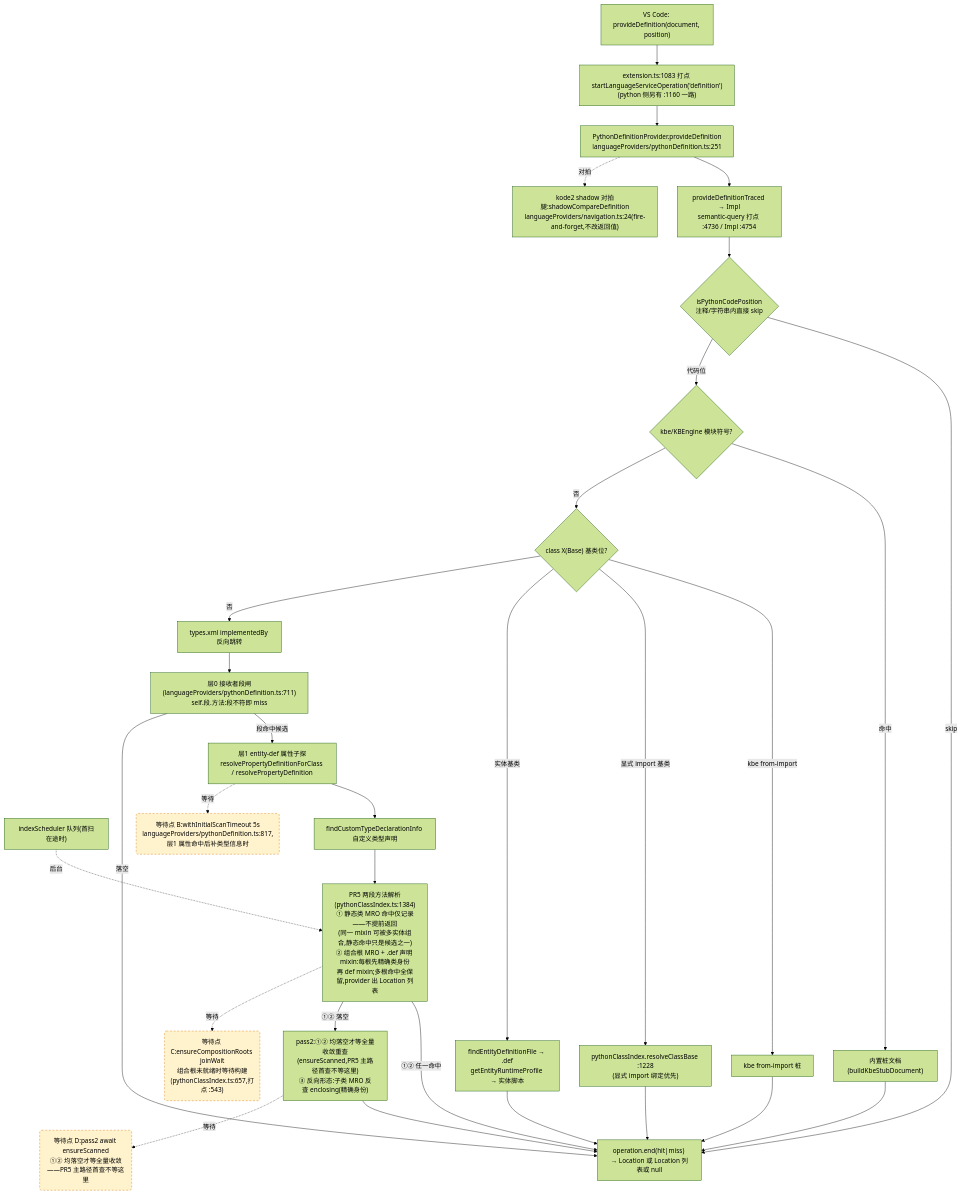
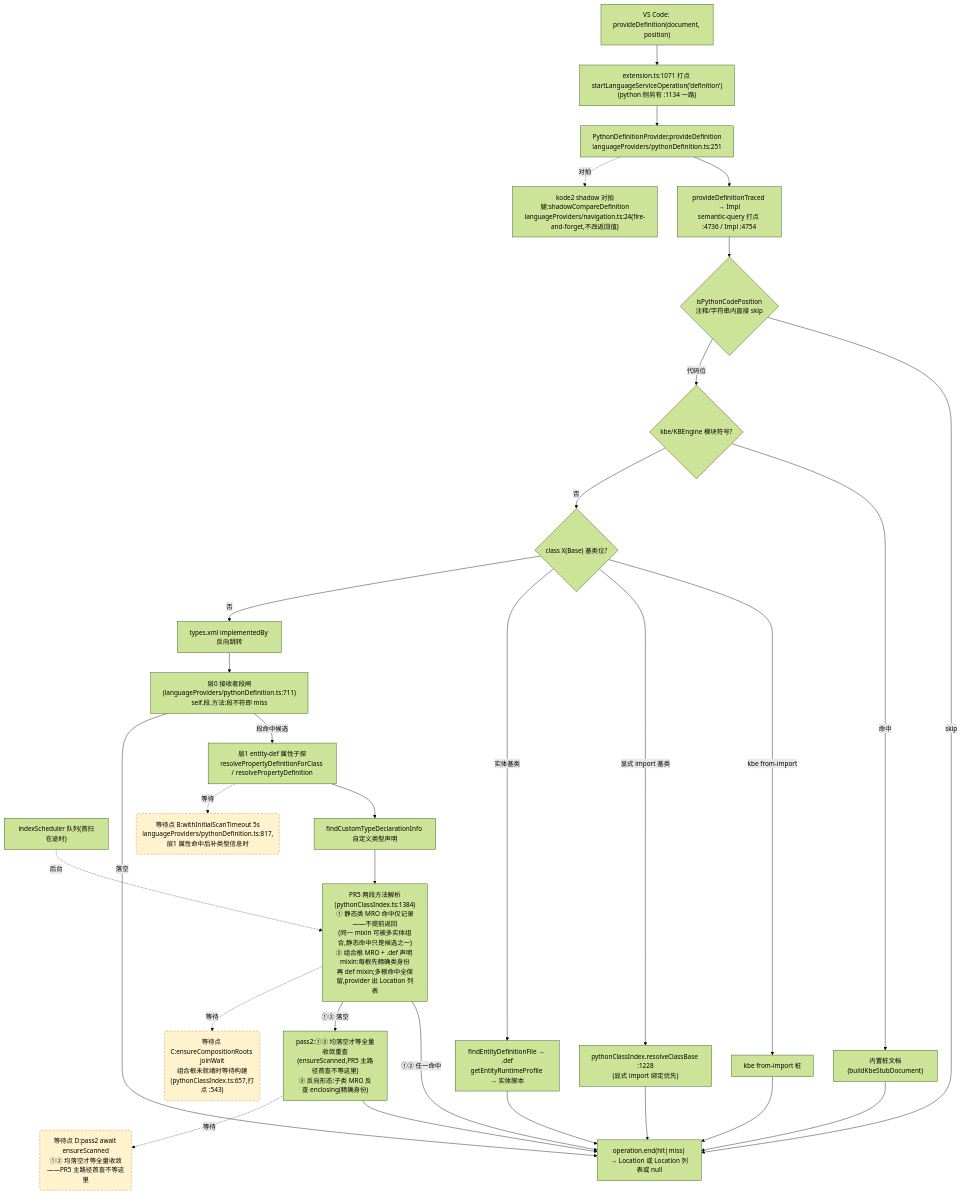
One commit to cuihairu/kode changed the second of 4 diagrams in docs/perf/2026-baseline.md. Above: the diagram before and after it, drawn with Mermaid (forest theme). The commit also changed other lines of this file and 43 other files, not shown here.

````diff
--- a/docs/perf/2026-baseline.md
+++ b/docs/perf/2026-baseline.md
@@ -130,51 +130,51 @@
 ```mermaid
 flowchart TD
   VC2["VS Code: provideDefinition(document, position)"]
-  M2["extension.ts:1083 打点 startLanguageServiceOperation('definition')<br/>(python 侧另有 :1160 一路)"]
+  M2["extension.ts:1071 打点 startLanguageServiceOperation('definition')<br/>(python 侧另有 :1134 一路)"]
   AD2["PythonDefinitionProvider.provideDefinition<br/>languageProviders/pythonDefinition.ts:251"]
   TR["provideDefinitionTraced → Impl<br/>semantic-query 打点 :4736 / Impl :4754"]
   CTX{"isPythonCodePosition<br/>注释/字符串内直接 skip"}
   KBE{"kbe/KBEngine 模块符号?"}
   STUB["内置桩文档(buildKbeStubDocument)"]
   CB{"class X(Base) 基类位?"}
   CB1["kbe from-import 桩"]
   CB2["pythonClassIndex.resolveClassBase :1228<br/>(显式 import 绑定优先)"]
   CB3["findEntityDefinitionFile → .def<br/>getEntityRuntimeProfile → 实体脚本"]
   REV["types.xml implementedBy 反向跳转"]
   L0["层0 接收者段闸(languageProviders/pythonDefinition.ts:711)<br/>self.段.方法:段不符即 miss"]
   L1["层1 entity-def 属性子探<br/>resolvePropertyDefinitionForClass / resolvePropertyDefinition"]
   SCAN["indexScheduler 队列(首扫在途时)"]
   TY["findCustomTypeDeclarationInfo 自定义类型声明"]
   MRO["PR5 两段方法解析(pythonClassIndex.ts:1384)<br/>① 静态类 MRO 命中仅记录——不提前返回<br/>(同一 mixin 可被多实体组合,静态命中只是候选之一)<br/>② 组合根 MRO + .def 声明 mixin:每根先精确类身份<br/>再 def mixin;多根命中全保留,provider 出 Location 列表"]
   PASS2["pass2:①② 均落空才等全量收敛重查<br/>(ensureScanned,PR5 主路径首查不等这里)<br/>③ 反向形态:子类 MRO 反查 enclosing(精确身份)"]
   SHD["kode2 shadow 对拍腿:shadowCompareDefinition<br/>languageProviders/navigation.ts:24(fire-and-forget,不改返回值)"]
   END2["operation.end(hit|miss) → Location 或 Location 列表或 null"]
 
   VC2 --> M2 --> AD2 --> TR --> CTX
   CTX -- "skip" --> END2
   CTX -- "代码位" --> KBE
   KBE -- "命中" --> STUB --> END2
   KBE -- "否" --> CB
   CB -- "kbe from-import" --> CB1 --> END2
   CB -- "显式 import 基类" --> CB2 --> END2
   CB -- "实体基类" --> CB3 --> END2
   CB -- "否" --> REV --> L0
   L0 -- "段命中候选" --> L1
   L0 -- "落空" --> END2
   L1 --> TY
   TY --> MRO
   MRO -- "①② 任一命中" --> END2
   MRO -- "①② 落空" --> PASS2 --> END2
   AD2 -.->|对拍| SHD
 
   WAITB("等待点 B:withInitialScanTimeout 5s<br/>languageProviders/pythonDefinition.ts:817,层1 属性命中后补类型信息时")
   WAITC("等待点 C:ensureCompositionRoots joinWait<br/>组合根未就绪时等待构建(pythonClassIndex.ts:657,打点 :543)")
   WAITD("等待点 D:pass2 await ensureScanned<br/>①② 均落空才等全量收敛——PR5 主路径首查不等这里")
   L1 -.->|等待| WAITB
   MRO -.->|等待| WAITC
   PASS2 -.->|等待| WAITD
   SCAN -.->|后台| MRO
 
   classDef waitPoint fill:#fff3cd,stroke:#d97706,stroke-dasharray:5 4;
   class WAITB,WAITC,WAITD waitPoint;
 ```
````
